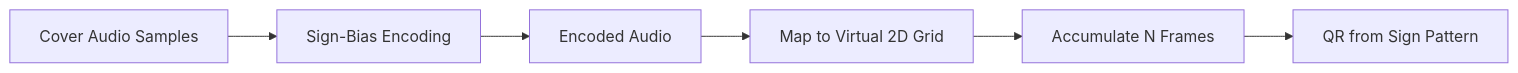
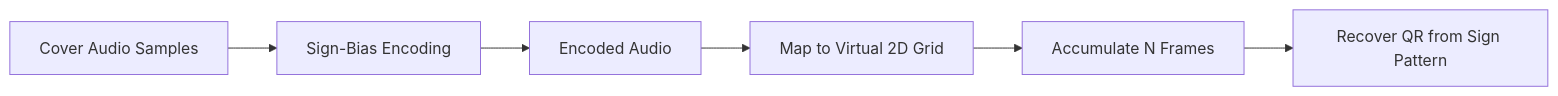
One commit to ianzepp/qrstatic changed the fourth of 5 diagrams in README.md. Above: the diagram before and after it, drawn with Mermaid. The commit also changed other lines of this file and 2 other files, not shown here.

````diff
--- a/README.md
+++ b/README.md
@@ -483,8 +485,8 @@
 ```mermaid
 graph LR
     A["Cover Audio Samples"] --> B["Sign-Bias Encoding"]
     B --> C["Encoded Audio"]
     C --> D["Map to Virtual 2D Grid"]
     D --> E["Accumulate N Frames"]
-    E --> F["QR from Sign Pattern"]
+    E --> F["Recover QR from Sign Pattern"]
 ```
````
